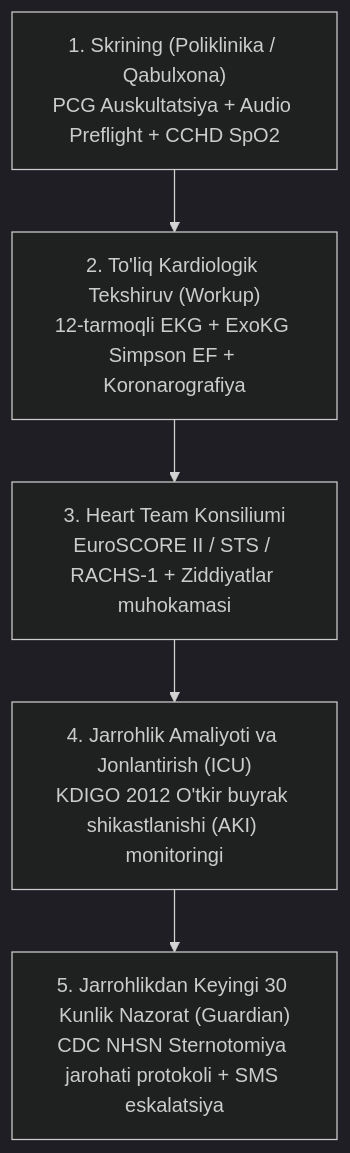
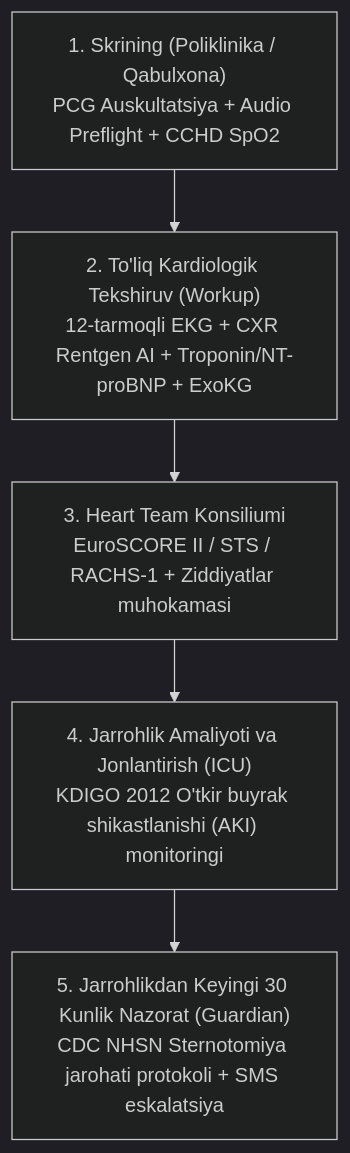
One commit to egamovumidjon18-dot/kardio-ai changed the diagram in docs/shifokor-qollanmasi.md. Above: the diagram before and after it, drawn with Mermaid (dark theme). The commit also changed other lines of this file and 2 other files, not shown here.

Commit message:
docs: add CXR neural net and Troponin/NT-proBNP biomarker docs to clinician manual and reports

````diff
--- a/docs/shifokor-qollanmasi.md
+++ b/docs/shifokor-qollanmasi.md
@@ -36,7 +36,7 @@
 ```mermaid
 flowchart TD
-    A["1. Skrining (Poliklinika / Qabulxona)<br/>PCG Auskultatsiya + Audio Preflight + CCHD SpO2"] --> B["2. To'liq Kardiologik Tekshiruv (Workup)<br/>12-tarmoqli EKG + ExoKG Simpson EF + Koronarografiya"]
+    A["1. Skrining (Poliklinika / Qabulxona)<br/>PCG Auskultatsiya + Audio Preflight + CCHD SpO2"] --> B["2. To'liq Kardiologik Tekshiruv (Workup)<br/>12-tarmoqli EKG + CXR Rentgen AI + Troponin/NT-proBNP + ExoKG"]
     B --> C["3. Heart Team Konsiliumi<br/>EuroSCORE II / STS / RACHS-1 + Ziddiyatlar muhokamasi"]
     C --> D["4. Jarrohlik Amaliyoti va Jonlantirish (ICU)<br/>KDIGO 2012 O'tkir buyrak shikastlanishi (AKI) monitoringi"]
     D --> E["5. Jarrohlikdan Keyingi 30 Kunlik Nazorat (Guardian)<br/>CDC NHSN Sternotomiya jarohati protokoli + SMS eskalatsiya"]
 ```
````
